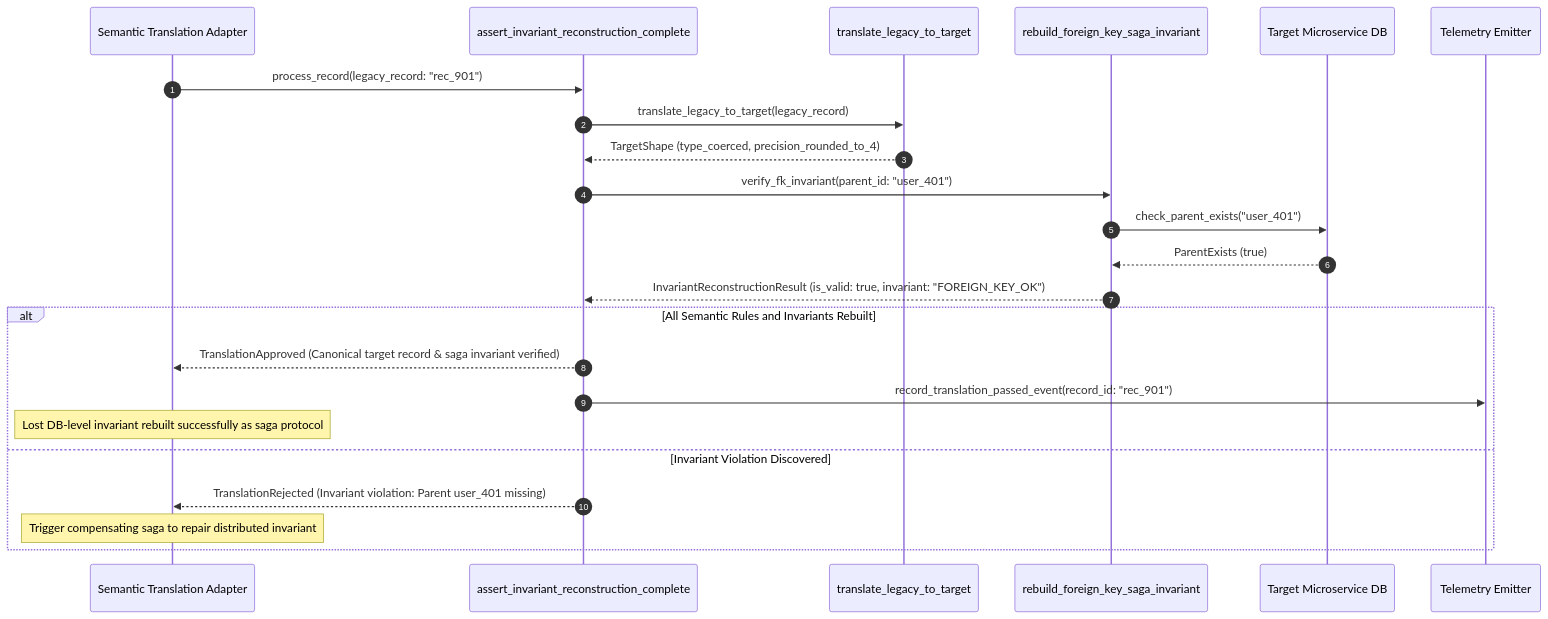
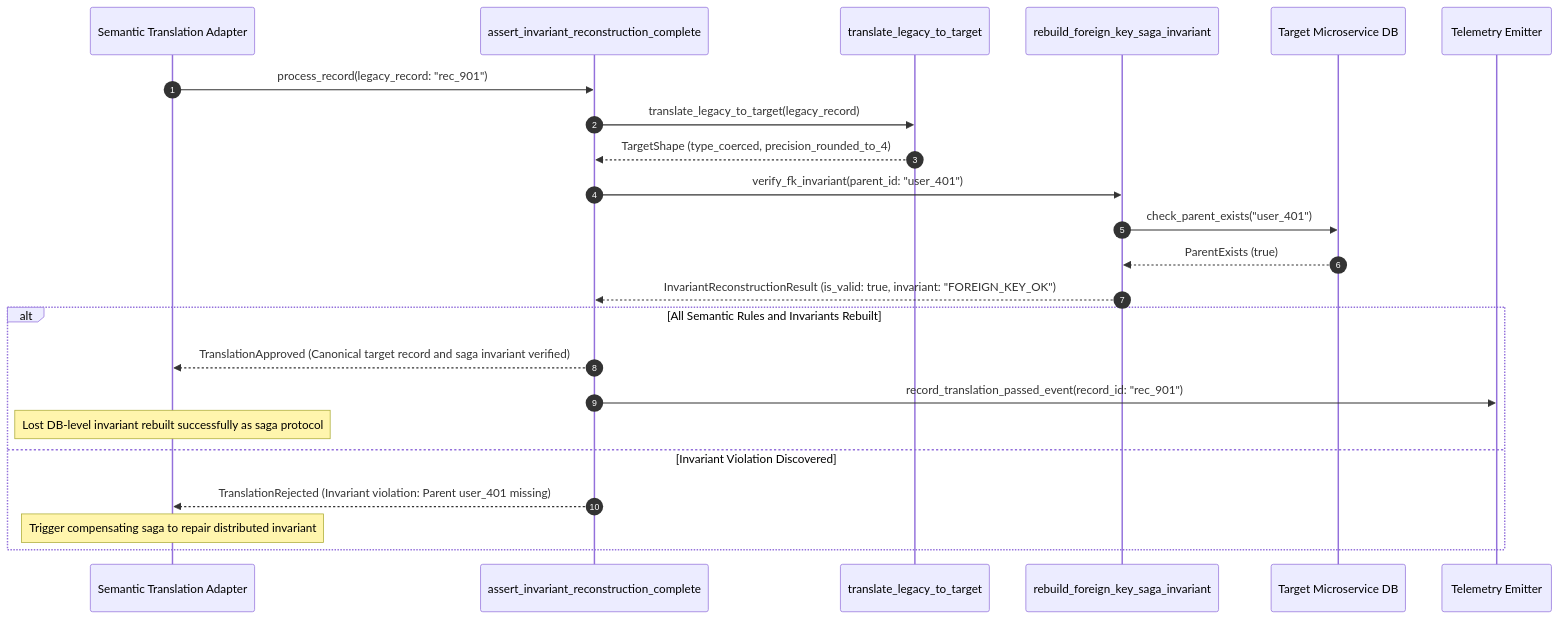
One commit to Chief-Strategist-J/llm-observability-platform changed the second of 2 diagrams in notebooks/runbooks/refs/08-data-translation-and-sagas/semantic-translation-invariant-reconstruction.md. Above: the diagram before and after it, drawn with Mermaid. The commit also changed 35 other files, not shown here.

Commit message:
fix(docs): resolve sequence diagram message label syntax errors across runbook suite

````diff
--- a/notebooks/runbooks/refs/08-data-translation-and-sagas/semantic-translation-invariant-reconstruction.md
+++ b/notebooks/runbooks/refs/08-data-translation-and-sagas/semantic-translation-invariant-reconstruction.md
@@ -54,30 +54,30 @@
 ```mermaid
 sequenceDiagram
     autonumber
     participant Adapter as Semantic Translation Adapter
     participant Guard as assert_invariant_reconstruction_complete
     participant Translator as translate_legacy_to_target
     participant SagaRebuilder as rebuild_foreign_key_saga_invariant
     participant TargetSvc as Target Microservice DB
     participant Audit as Telemetry Emitter
 
     Adapter->>Guard: process_record(legacy_record: "rec_901")
     
     Guard->>Translator: translate_legacy_to_target(legacy_record)
     Translator-->>Guard: TargetShape (type_coerced, precision_rounded_to_4)
 
     Guard->>SagaRebuilder: verify_fk_invariant(parent_id: "user_401")
     SagaRebuilder->>TargetSvc: check_parent_exists("user_401")
     TargetSvc-->>SagaRebuilder: ParentExists (true)
 
     SagaRebuilder-->>Guard: InvariantReconstructionResult (is_valid: true, invariant: "FOREIGN_KEY_OK")
 
     alt All Semantic Rules and Invariants Rebuilt
-        Guard-->>Adapter: TranslationApproved (Canonical target record & saga invariant verified)
+        Guard-->>Adapter: TranslationApproved (Canonical target record and saga invariant verified)
         Guard->>Audit: record_translation_passed_event(record_id: "rec_901")
         Note over Adapter: Lost DB-level invariant rebuilt successfully as saga protocol
     else Invariant Violation Discovered
         Guard-->>Adapter: TranslationRejected (Invariant violation: Parent user_401 missing)
         Note over Adapter: Trigger compensating saga to repair distributed invariant
     end
 ```
````
